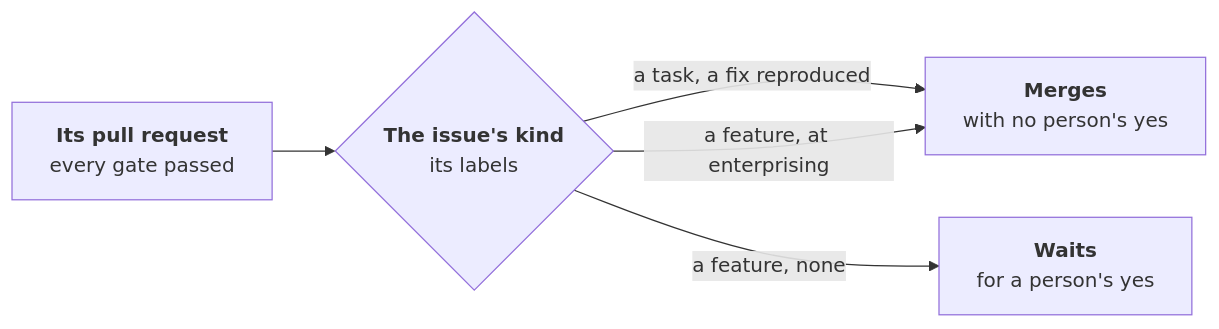
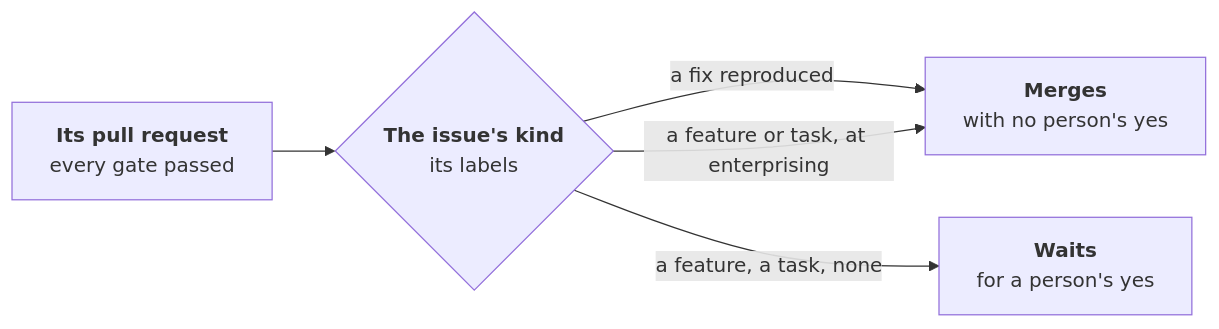
One commit to JN0V/workline changed the diagram in roles/developer/docs/merge.md. Above: the diagram before and after it, drawn with Mermaid. The commit also changed other lines of this file and 4 other files, not shown here.

Commit message:
docs: only a reproduced bug's fix merges alone

````diff
--- a/roles/developer/docs/merge.md
+++ b/roles/developer/docs/merge.md
@@ -12,11 +12,11 @@
 ```mermaid
 flowchart LR
   pr["<b>Its pull request</b><br/>every gate passed"]
   kind{"<b>The issue's kind</b><br/>its labels"}
   alone["<b>Merges</b><br/>with no person's yes"]
   person["<b>Waits</b><br/>for a person's yes"]
   pr --> kind
-  kind -- "a task, a fix reproduced" --> alone
-  kind -- "a feature, at enterprising" --> alone
-  kind -- "a feature, none" --> person
+  kind -- "a fix reproduced" --> alone
+  kind -- "a feature or task, at enterprising" --> alone
+  kind -- "a feature, a task, none" --> person
 ```
````
